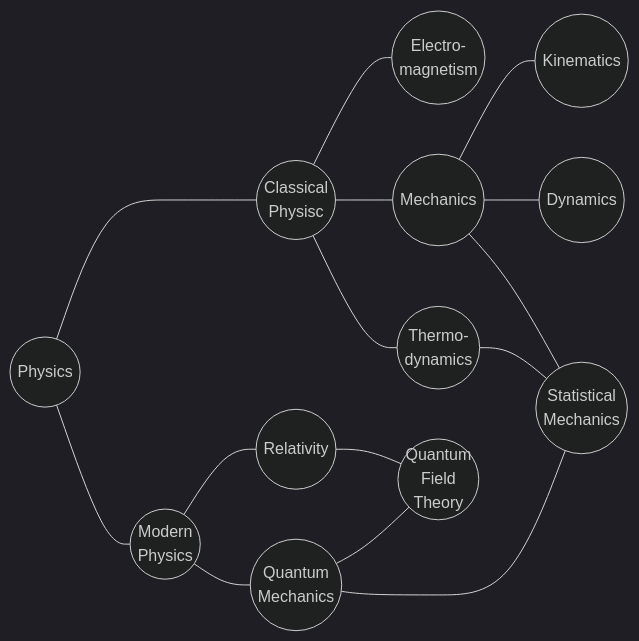
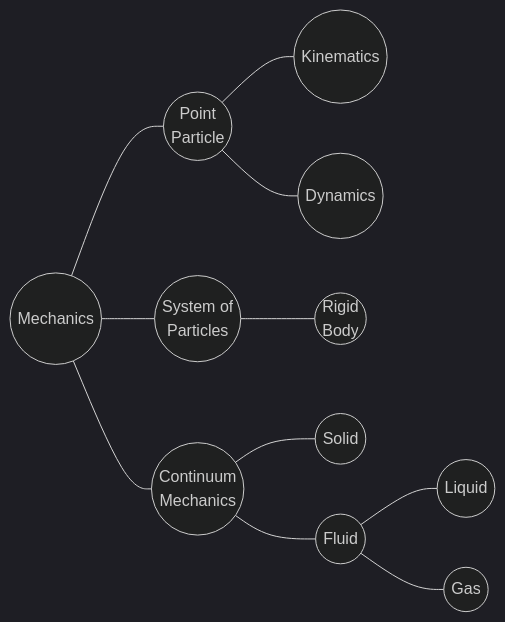
Before and after one commit to dudung/moparc: the diagram in phys/mech/README.md, drawn with Mermaid (dark theme). The commit also changed other lines of this file, not shown here.

Commit message:
update, pause, guring

````diff
--- a/phys/mech/README.md
+++ b/phys/mech/README.md
@@ -4,25 +4,23 @@
 ```mermaid
 flowchart LR
   %% links
-  phys --- clas & mode
-  clas --- elem & mech & ther
-  mode --- rela & quan --- qfth
-  mech --- kine & dyne
-  mech & ther --- stat
-  quan ---- stat
+  mech --- poin & sysp & cont
+  poin --- kine & dyne
+  sysp --- rigi
+  cont --- soli & flui
+  flui --- liqu & gase
   %% elements
-  phys(( Physics ))
-  clas(( Classical<br>Physisc ))
-    mech(( Mechanics ))
+  mech(( Mechanics ))
+    poin(( Point<br>Particle ))
       kine(( Kinematics ))
       dyne(( Dynamics ))
-    ther(( Thermo-<br>dynamics ))
-    elem(( Electro-<br>magnetism ))
-  mode(( Modern<br>Physics ))
-    rela(( Relativity ))
-    quan(( Quantum<br>Mechanics ))
-    qfth(( Quantum<br>Field<br>Theory))
-  stat(( Statistical<br>Mechanics ))
+    sysp(( System of<br>Particles ))
+      rigi(( Rigid<br>Body ))
+    cont(( Continuum<br>Mechanics ))
+      soli(( Solid ))
+      flui(( Fluid ))
+        liqu(( Liquid ))
+        gase(( Gas ))
   %% pages
   %% styles
 ```
````
